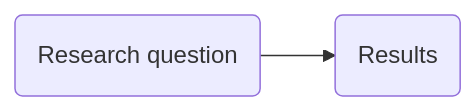
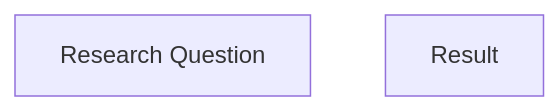
One commit to libscie/docs.researchequals.com changed the first of 3 diagrams in chapters/exercise-modules.qmd. Above: the diagram before and after it, drawn with Mermaid. The commit also changed other lines of this file, not shown here.

````diff
--- a/chapters/exercise-modules.qmd
+++ b/chapters/exercise-modules.qmd
@@ -13,4 +15,4 @@
 ```{mermaid}
 flowchart LR
-    A(Research question) --> B(Results)
+    A[Research Question] ~~~ B[Result]
 ```
````
